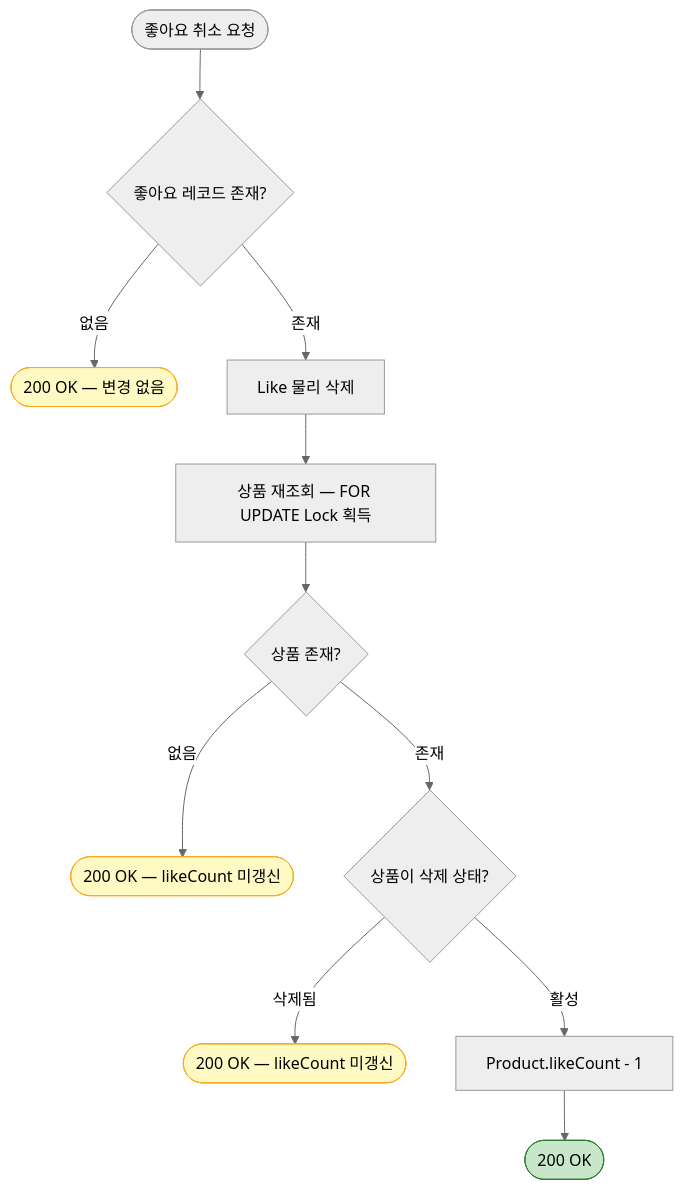
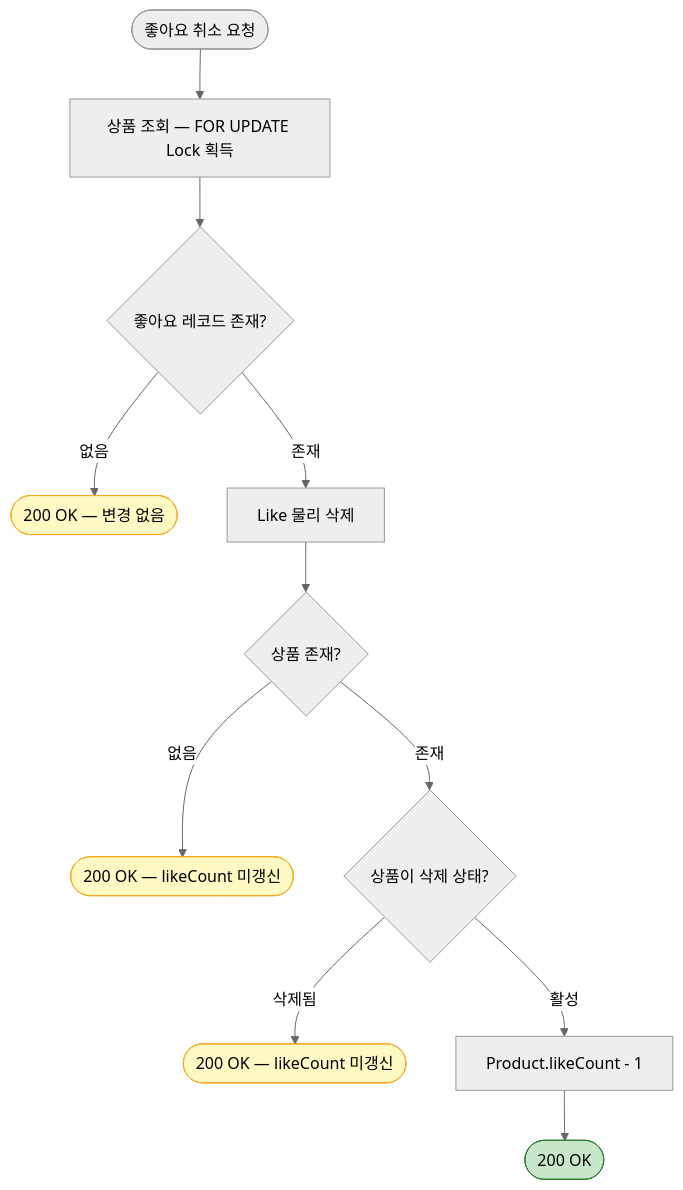
Before and after one commit to Loopers-dev-lab/loop-pack-be-l2-vol3-kotlin: the fifth of 6 diagrams in docs/design/05-flowcharts.md, drawn with Mermaid (neutral theme). The commit also changed other lines of this file and 5 other files, not shown here.

````diff
--- a/docs/design/05-flowcharts.md
+++ b/docs/design/05-flowcharts.md
@@ -174,18 +170,18 @@
 ```mermaid
 flowchart TB
-    Start([좋아요 취소 요청]) --> CheckLike{좋아요 레코드 존재?}
+    Start([좋아요 취소 요청]) --> AcquireLock[상품 조회 — FOR UPDATE Lock 획득]
+    AcquireLock --> CheckLike{좋아요 레코드 존재?}
     CheckLike -->|없음| Idempotent([200 OK — 변경 없음]):::idempotent
 
     CheckLike -->|존재| DeleteLike[Like 물리 삭제]
-    DeleteLike --> AcquireLock[상품 재조회 — FOR UPDATE Lock 획득]
-    AcquireLock --> CheckProduct{상품 존재?}
+    DeleteLike --> CheckProduct{상품 존재?}
     CheckProduct -->|없음| SkipCount1([200 OK — likeCount 미갱신]):::idempotent
     CheckProduct -->|존재| CheckDeleted{상품이 삭제 상태?}
     CheckDeleted -->|삭제됨| SkipCount2([200 OK — likeCount 미갱신]):::idempotent
     CheckDeleted -->|활성| DecCount[Product.likeCount - 1]
     DecCount --> Success([200 OK]):::success
 
     classDef error fill:#ffcdd2,stroke:#c62828
     classDef success fill:#c8e6c9,stroke:#2e7d32
     classDef idempotent fill:#fff9c4,stroke:#f9a825
 ```
````
